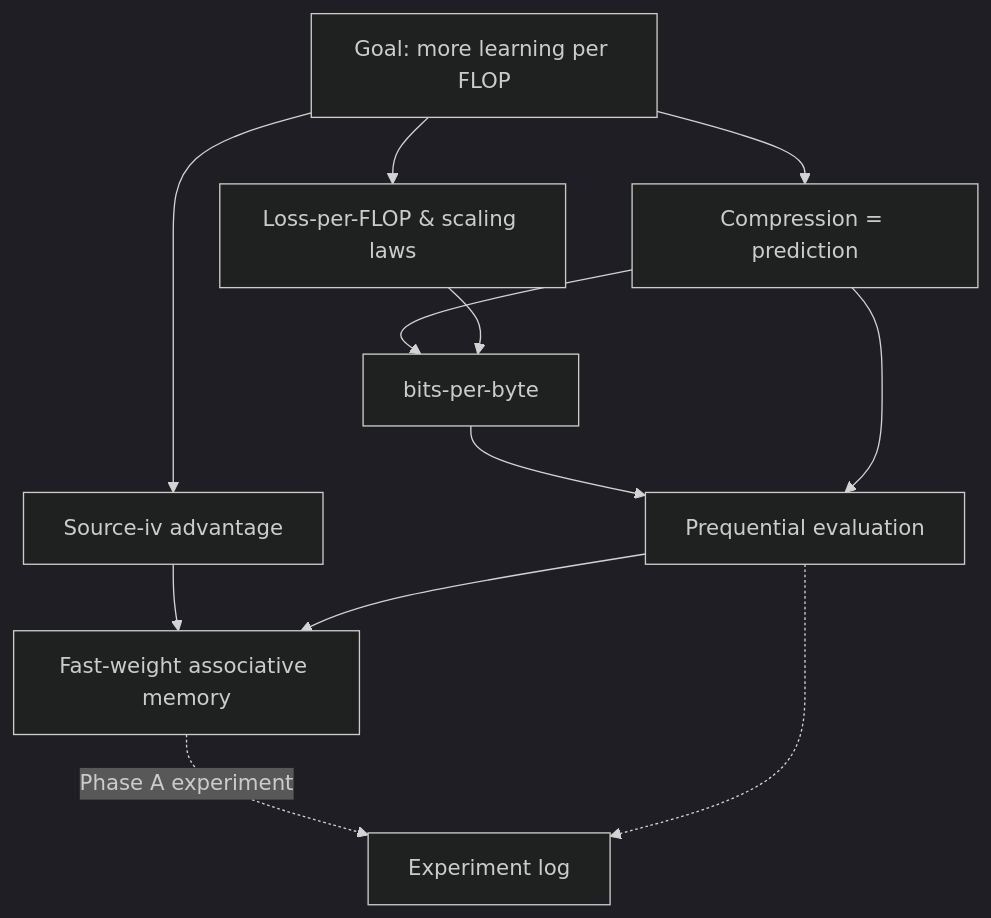
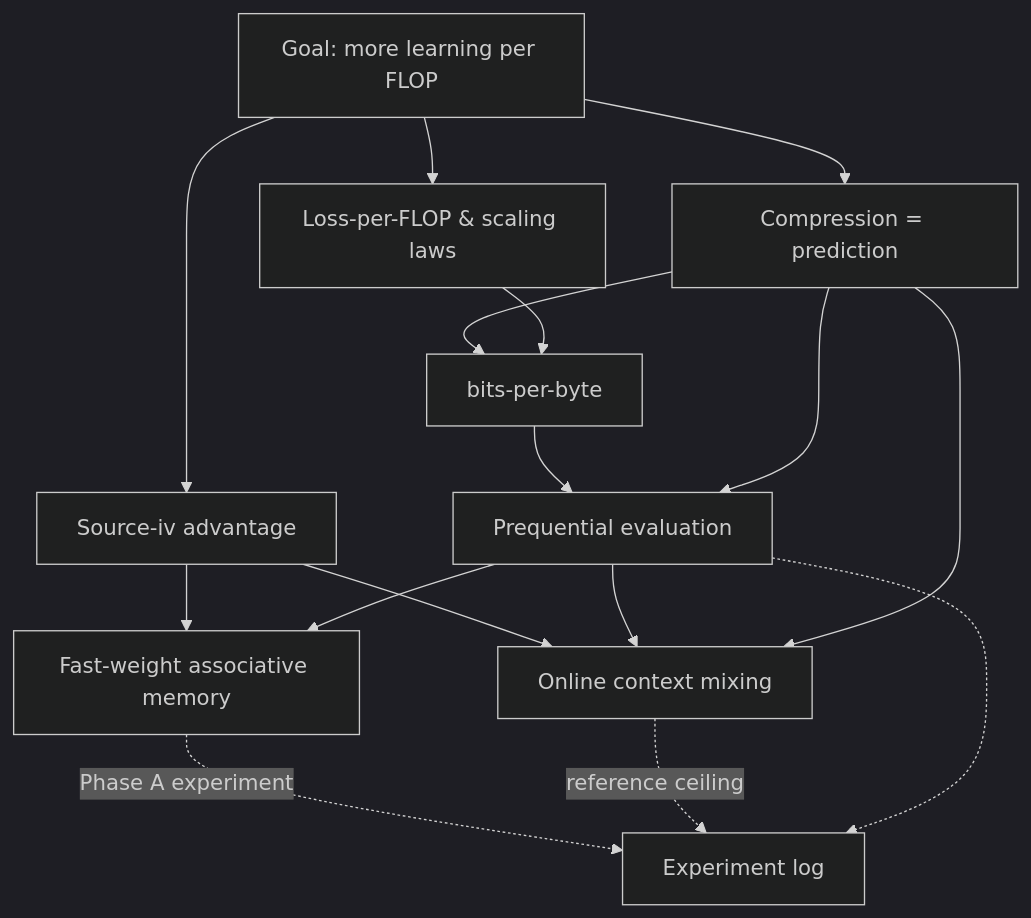
The diagram in docs/learning/index.md (CptCaptain/smolml), drawn with Mermaid (dark theme) before and after one commit. The commit also changed other lines of this file and 3 other files, not shown here.

First line of the commit message:
0.3 docs: context-mixing concept page + reference-ceiling experiment

````diff
--- a/docs/learning/index.md
+++ b/docs/learning/index.md
@@ -11,14 +11,18 @@
 ```mermaid
 graph TD
     GOAL["Goal: more learning per FLOP"] --> LPF[Loss-per-FLOP & scaling laws]
     GOAL --> CP[Compression = prediction]
     CP --> BPB[bits-per-byte]
     LPF --> BPB
     BPB --> PREQ[Prequential evaluation]
     CP --> PREQ
     GOAL --> S4[Source-iv advantage]
     S4 --> FWM[Fast-weight associative memory]
     PREQ --> FWM
+    S4 --> CMIX[Online context mixing]
+    PREQ --> CMIX
+    CP --> CMIX
     FWM -.->|Phase A experiment| EXP[Experiment log]
+    CMIX -.->|reference ceiling| EXP
     PREQ -.-> EXP
 ```
````
